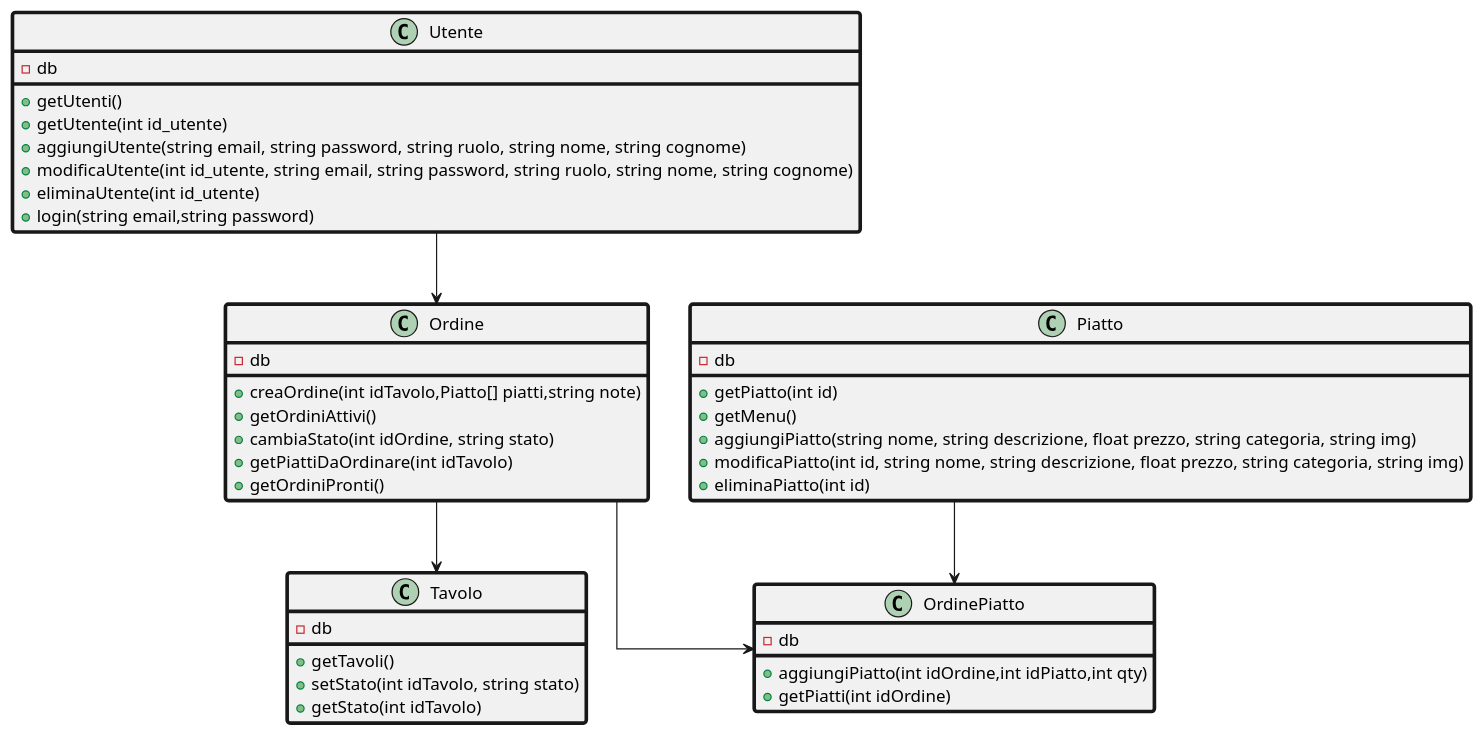
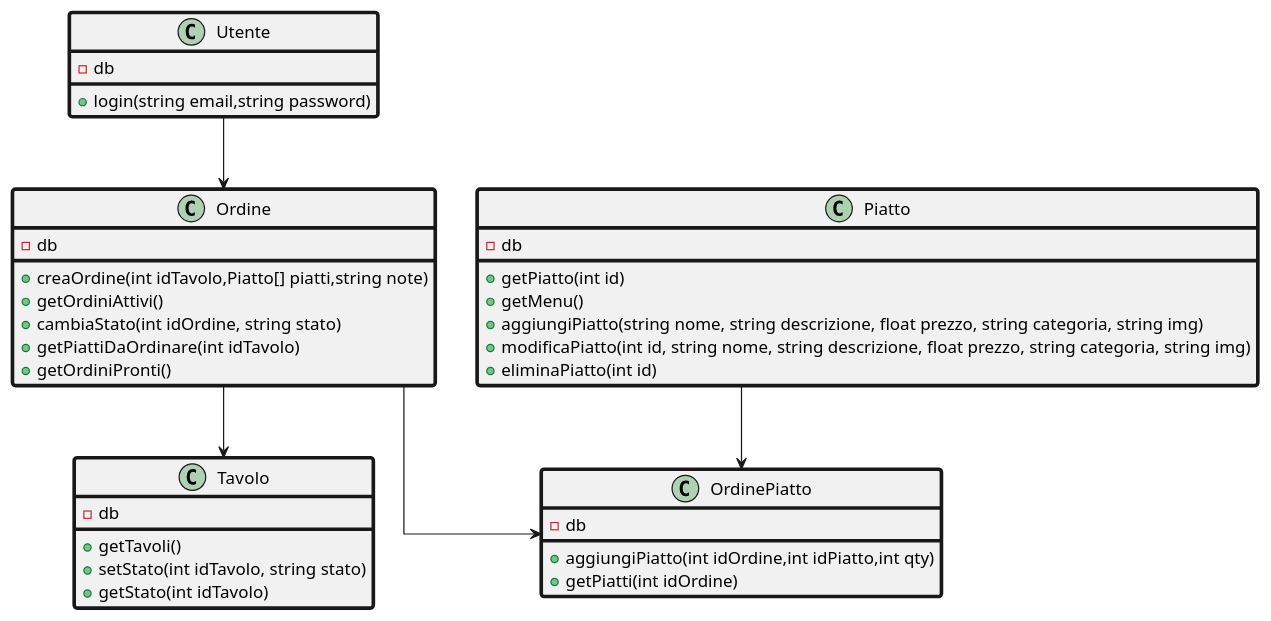
Before and after one commit to kawtar-c/SoftSprint: the diagram in elementi exported/SoftSprintClass.puml, drawn with PlantUML. The commit also changed 4 other files, not shown here.

Commit message:
Aggiunto bttn per modifica passwd utente nella form modifica utente, standardizzato lo stile delle form nella pagina admin aggiungendo una classe sul css

```diff
--- a/elementi exported/SoftSprintClass.puml
+++ b/elementi exported/SoftSprintClass.puml
@@ -1,56 +1,51 @@
 @startuml SoftSprintClass
 
 ' Stile Diagramma
 skinparam classAttributeIconSize 10
 skinparam classBorderThickness <3>
 skinparam packageBorderThickness <4>
 skinparam linetype ortho
 top to bottom direction
 
 class Utente {
     -db
-    +getUtenti()
-    +getUtente(int id_utente)
-    +aggiungiUtente(string email, string password, string ruolo, string nome, string cognome)
-    +modificaUtente(int id_utente, string email, string password, string ruolo, string nome, string cognome)
-    +eliminaUtente(int id_utente)
     +login(string email,string password)
     } 
 
 class Tavolo {
     -db
     +getTavoli()
     +setStato(int idTavolo, string stato)
     +getStato(int idTavolo)
     }
 
 class Ordine {
     -db
     +creaOrdine(int idTavolo,Piatto[] piatti,string note)
     +getOrdiniAttivi()
     +cambiaStato(int idOrdine, string stato)
     +getPiattiDaOrdinare(int idTavolo)
     +getOrdiniPronti()
     }
 
 class OrdinePiatto {
     -db
     +aggiungiPiatto(int idOrdine,int idPiatto,int qty)
     +getPiatti(int idOrdine)
     }
 
 class Piatto {
     -db
     +getPiatto(int id)
     +getMenu()
     +aggiungiPiatto(string nome, string descrizione, float prezzo, string categoria, string img)
     +modificaPiatto(int id, string nome, string descrizione, float prezzo, string categoria, string img)
     +eliminaPiatto(int id)
     }
 
 Utente  -->  Ordine
 Ordine  -->  Tavolo
 Ordine  -->  OrdinePiatto
 Piatto  -->  OrdinePiatto
 
 @enduml
```
